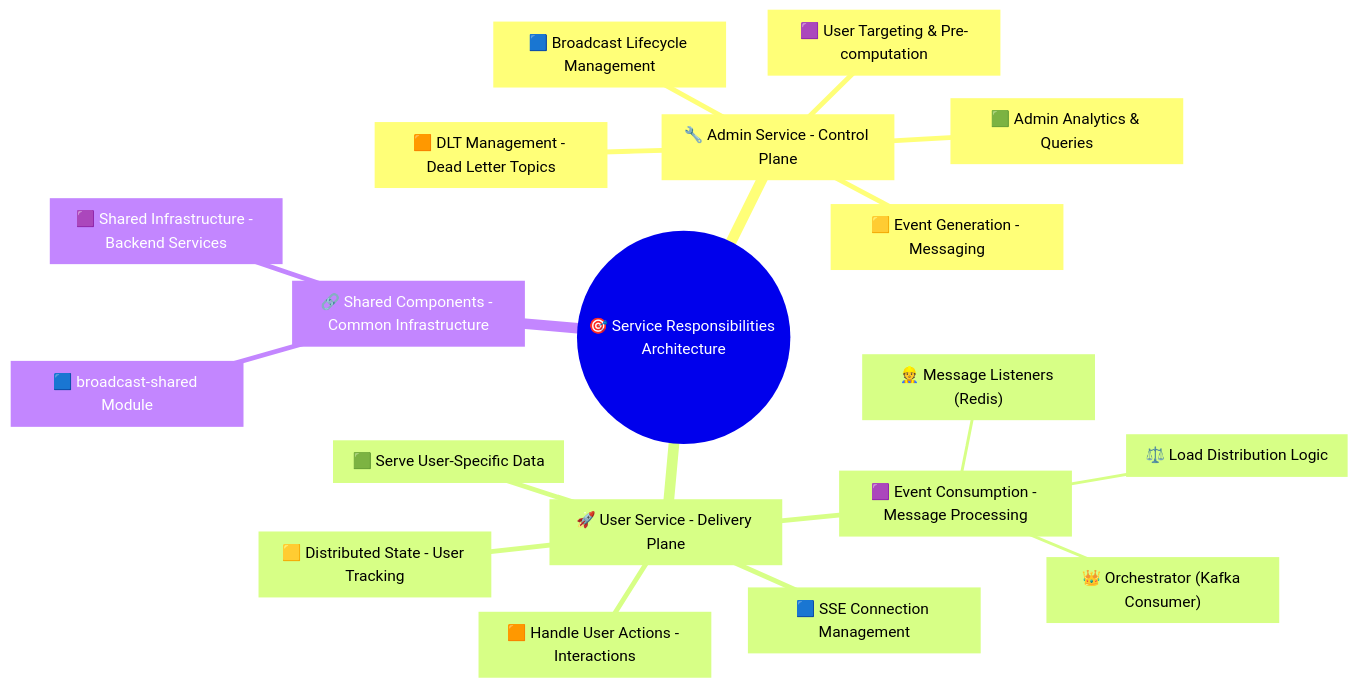
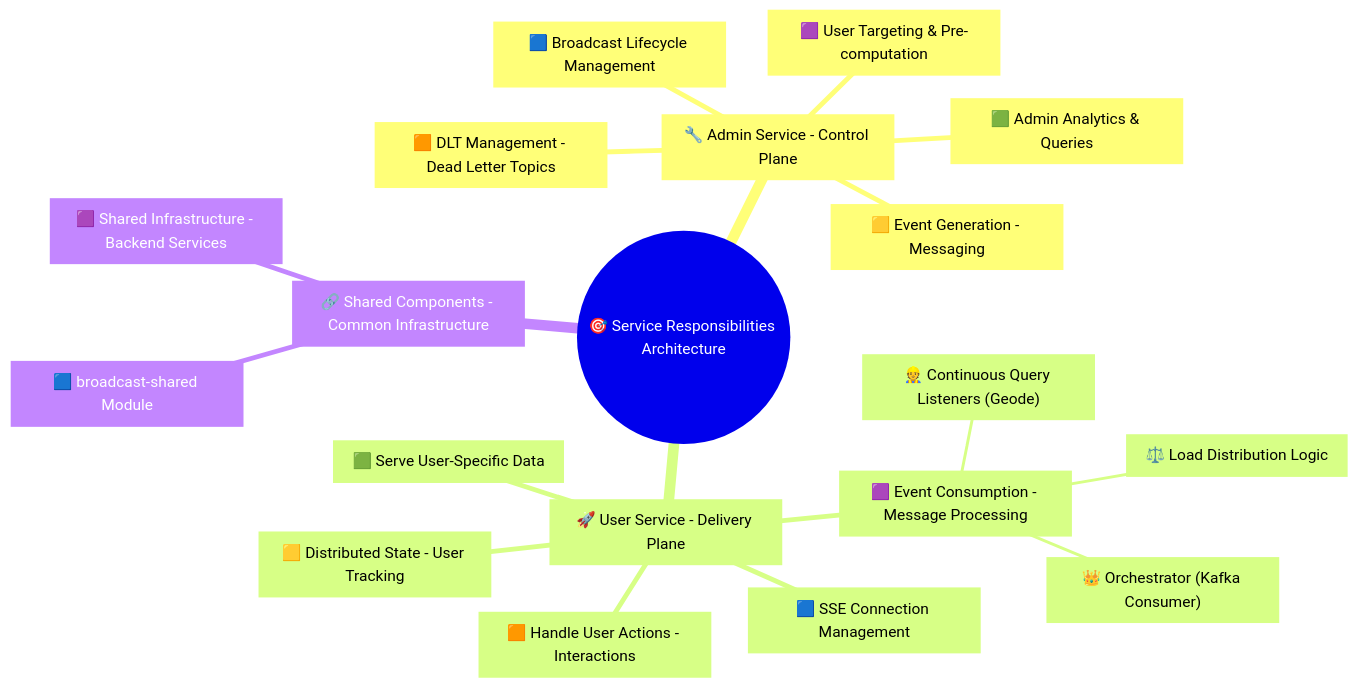
Before and after one commit to rsrini7/Notification-SSE-GLM-Flux: the diagram in MermaidDiagrams/mindmap-responsibilities.mmd, drawn with Mermaid. The commit also changed 26 other files, not shown here.

First line of the commit message:
refactor(diagrams): replace Redis with Geode in all diagrams

```diff
--- a/MermaidDiagrams/mindmap-responsibilities.mmd
+++ b/MermaidDiagrams/mindmap-responsibilities.mmd
@@ -1,22 +1,22 @@
 mindmap
   root((🎯 Service Responsibilities Architecture))
     AdminService[🔧 Admin Service - Control Plane]
       BroadcastLifecycle[🟦 Broadcast Lifecycle Management]
       UserTargeting[🟪 User Targeting & Pre-computation]
       EventGeneration[🟨 Event Generation - Messaging]
       DLTManagement[🟧 DLT Management - Dead Letter Topics]
       AdminAnalytics[🟩 Admin Analytics & Queries]
     
     UserService[🚀 User Service - Delivery Plane]
       SSEConnection[🟦 SSE Connection Management]
       EventConsumption[🟪 Event Consumption - Message Processing]
         Orchestrator["👑 Orchestrator (Kafka Consumer)"]
-        RedisListeners["👷 Message Listeners (Redis)"]
+        CqListeners["👷 Continuous Query Listeners (Geode)"]
         LoadDistribution[⚖️ Load Distribution Logic]
       DistributedState[🟨 Distributed State - User Tracking]
       UserActions[🟧 Handle User Actions - Interactions]
       UserSpecificData[🟩 Serve User-Specific Data]
     
     SharedComponents[🔗 Shared Components - Common Infrastructure]
       BroadcastSharedModule[🟦 broadcast-shared Module]
       SharedInfrastructure[🟪 Shared Infrastructure - Backend Services]
```
